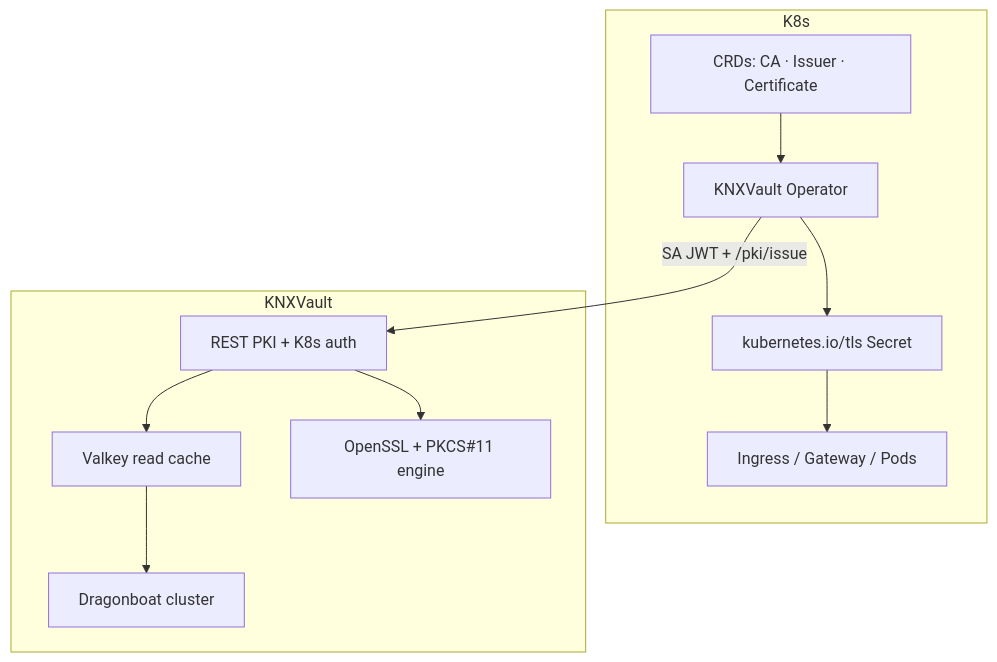
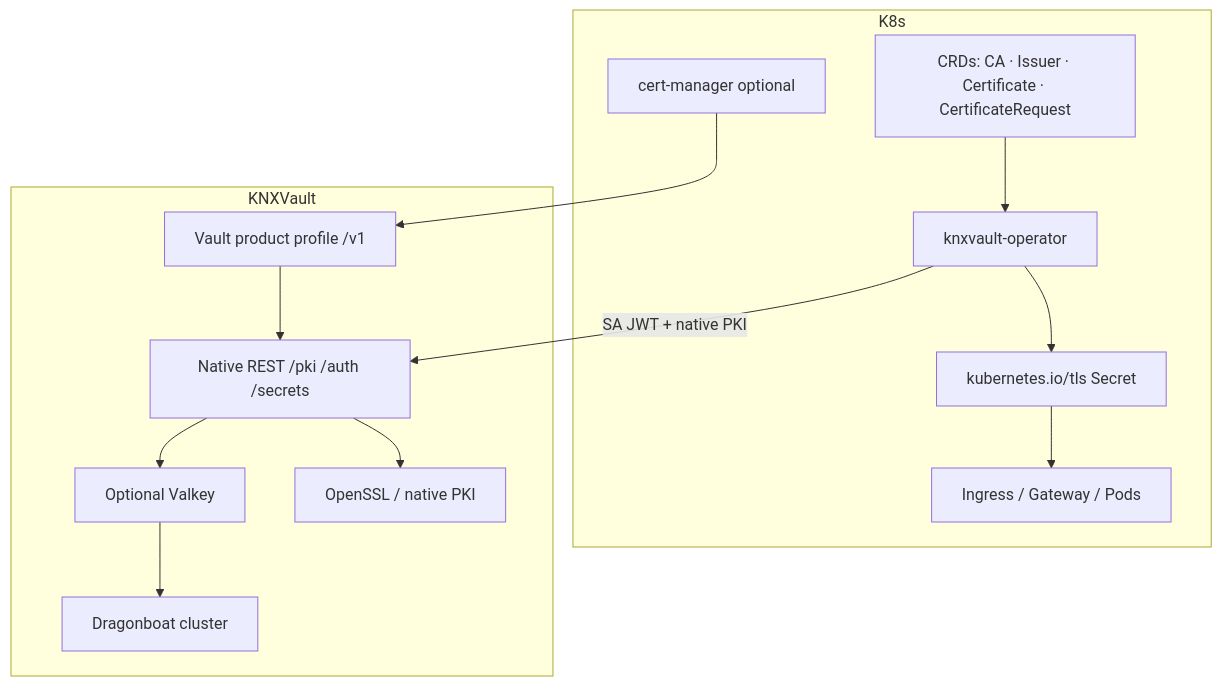
The diagram in docs/design/phase4-ecosystem.md (kubenexis/knxvault), drawn with Mermaid before and after one commit. The commit also changed other lines of this file and 13 other files, not shown here.

First line of the commit message:
docs: refresh architecture, design, admin, and user guides

````diff
--- a/docs/design/phase4-ecosystem.md
+++ b/docs/design/phase4-ecosystem.md
@@ -51,24 +99,28 @@
 ```mermaid
 graph TB
     subgraph K8s
-        Op[KNXVault Operator]
-        CRD[CRDs: CA · Issuer · Certificate]
+        Op[knxvault-operator]
+        CRD[CRDs: CA · Issuer · Certificate · CertificateRequest]
         Sec[kubernetes.io/tls Secret]
         Ing[Ingress / Gateway / Pods]
+        CM[cert-manager optional]
     end
 
     subgraph KNXVault
-        API[REST PKI + K8s auth]
-        Cache[Valkey read cache]
+        Native[Native REST /pki /auth /secrets]
+        Profile[Vault product profile /v1]
+        Cache[Optional Valkey]
         Raft[Dragonboat cluster]
-        HSM[OpenSSL + PKCS#11 engine]
+        Crypto[OpenSSL / native PKI]
     end
 
     CRD --> Op
-    Op -->|SA JWT + /pki/issue| API
+    Op -->|SA JWT + native PKI| Native
     Op --> Sec
     Sec --> Ing
-    API --> Cache
+    CM --> Profile
+    Profile --> Native
+    Native --> Cache
     Cache --> Raft
-    API --> HSM
+    Native --> Crypto
 ```
````
